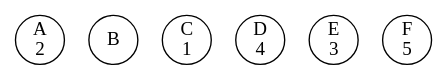
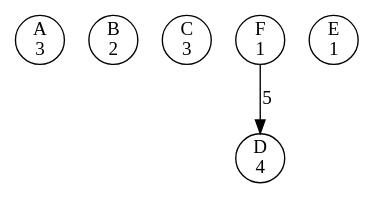
One commit to li23179/GO changed the diagram in concurrency-lab-2/bank/out/0000000006.gv. Above: the diagram before and after it, drawn with Graphviz. The commit also changed 24 other files, not shown here.

```diff
--- a/concurrency-lab-2/bank/out/0000000006.gv
+++ b/concurrency-lab-2/bank/out/0000000006.gv
@@ -1,8 +1,9 @@
 digraph bank {
-	 0 [label= "A\n2" , pos= "1,0!" , shape=circle, fixedsize=true, width=0.5 ]
-	 1 [label= "B\n" , pos= "0,1!" , shape=circle, fixedsize=true, width=0.5 ]
-	 2 [label= "C\n1" , pos= "1,2!" , shape=circle, fixedsize=true, width=0.5 ]
+	 0 [label= "A\n3" , pos= "1,0!" , shape=circle, fixedsize=true, width=0.5 ]
+	 1 [label= "B\n2" , pos= "0,1!" , shape=circle, fixedsize=true, width=0.5 ]
+	 2 [label= "C\n3" , pos= "1,2!" , shape=circle, fixedsize=true, width=0.5 ]
 	 3 [label= "D\n4" , pos= "2,2!" , shape=circle, fixedsize=true, width=0.5 ]
-	 4 [label= "E\n3" , pos= "3,1!" , shape=circle, fixedsize=true, width=0.5 ]
-	 5 [label= "F\n5" , pos= "2,0!" , shape=circle, fixedsize=true, width=0.5 ]
+	 4 [label= "E\n1" , pos= "3,1!" , shape=circle, fixedsize=true, width=0.5 ]
+	 5 [label= "F\n1" , pos= "2,0!" , shape=circle, fixedsize=true, width=0.5 ]
+	 "5" -> "3" [label= "5" ]
 }
```
